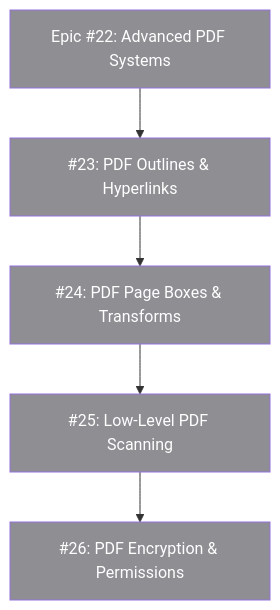
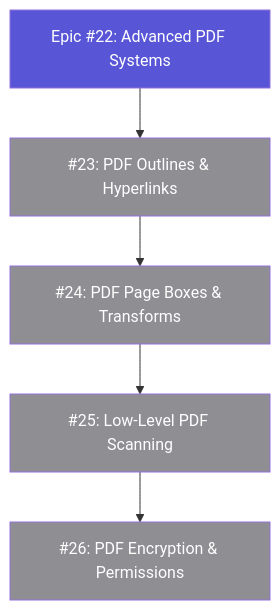
One commit to SlayerMotion/PureDraw changed the ninth of 9 diagrams in README.md. Above: the diagram before and after it, drawn with Mermaid. The commit also changed other lines of this file and 1 other file, not shown here.

First line of the commit message:
docs: mark typography epic done in roadmap diagrams

````diff
--- a/README.md
+++ b/README.md
@@ -286,17 +286,17 @@
 ```mermaid
 flowchart TB
     classDef done    fill:#34C759,color:#FFFFFF
     classDef active  fill:#007AFF,color:#FFFFFF
     classDef review  fill:#30B0C7,color:#FFFFFF
     classDef next    fill:#5856D6,color:#FFFFFF
     classDef partial fill:#FF9500,color:#FFFFFF
     classDef todo    fill:#8E8E93,color:#FFFFFF
 
-    Epic22["Epic #22: Advanced PDF Systems"]:::todo --> I23["#23: PDF Outlines & Hyperlinks"]:::todo --> I24["#24: PDF Page Boxes & Transforms"]:::todo --> I25["#25: Low-Level PDF Scanning"]:::todo --> I26["#26: PDF Encryption & Permissions"]:::todo
+    Epic22["Epic #22: Advanced PDF Systems"]:::next --> I23["#23: PDF Outlines & Hyperlinks"]:::todo --> I24["#24: PDF Page Boxes & Transforms"]:::todo --> I25["#25: Low-Level PDF Scanning"]:::todo --> I26["#26: PDF Encryption & Permissions"]:::todo
 
     click Epic22 href "https://github.com/mihaelamj/PureDraw/issues/22" "Epic #22"
     click I23 href "https://github.com/mihaelamj/PureDraw/issues/23" "Issue #23"
     click I24 href "https://github.com/mihaelamj/PureDraw/issues/24" "Issue #24"
     click I25 href "https://github.com/mihaelamj/PureDraw/issues/25" "Issue #25"
     click I26 href "https://github.com/mihaelamj/PureDraw/issues/26" "Issue #26"
 ```
````
